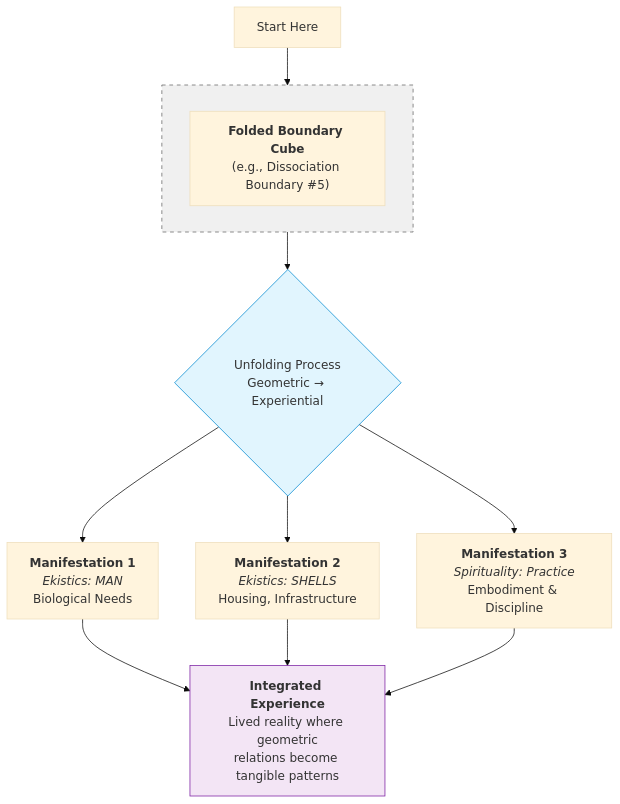
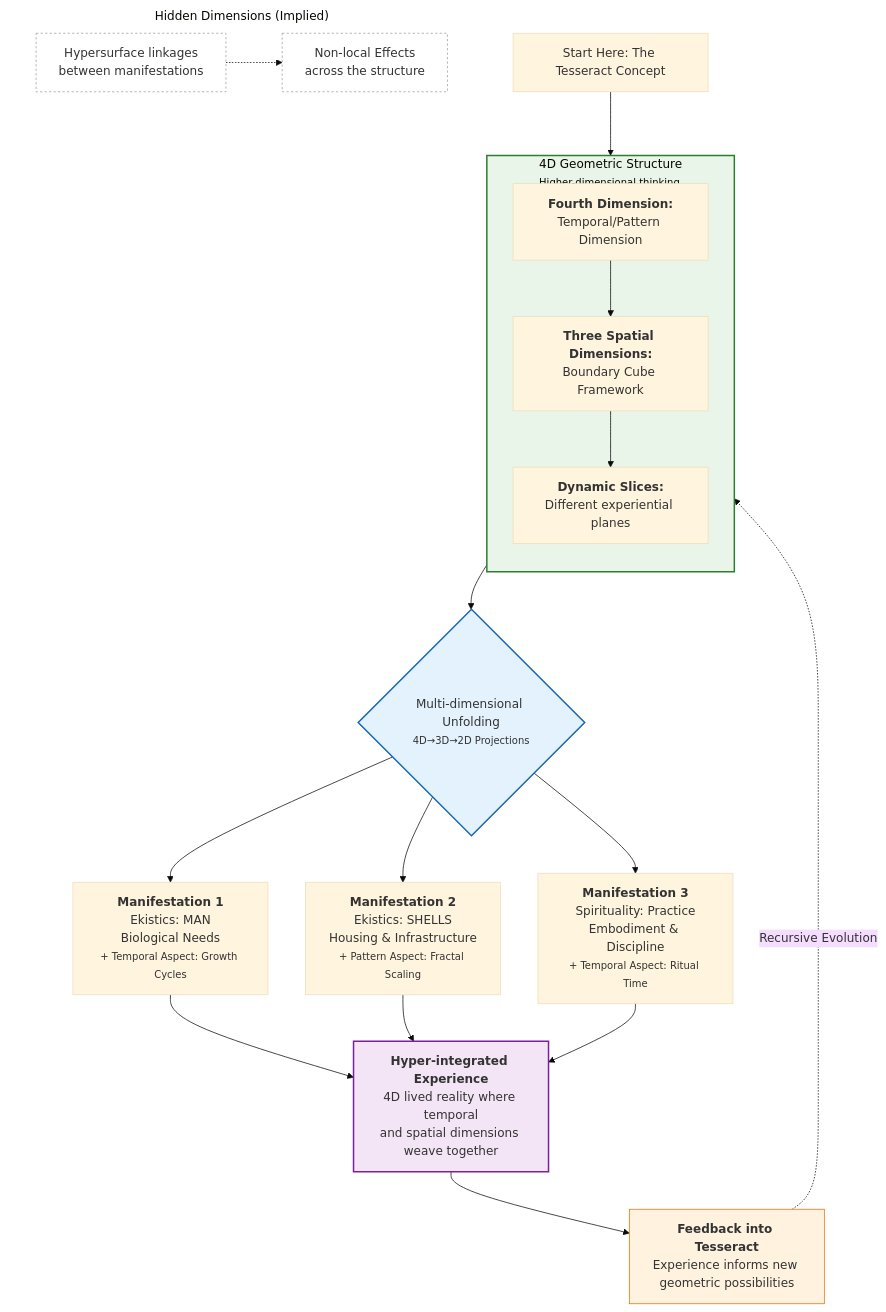
The sixth of 7 diagrams in framework/core-model/02-epistemic-architecture-tesseract.md (ravaioli/solarpunk-mandala), drawn with Mermaid (base theme) before and after one commit.

Commit message:
Enhance Tesseract flowchart with detailed dimensions
Updated the flowchart to reflect a more detailed representation of the Tesseract concept, including additional dimensions and manifestations.

````diff
--- a/framework/core-model/02-epistemic-architecture-tesseract.md
+++ b/framework/core-model/02-epistemic-architecture-tesseract.md
@@ -479,21 +479,36 @@
 ```mermaid
 flowchart TD
-    Start[Start Here] --> A
+    Start[Start Here: The Tesseract Concept] --> A
 
-    subgraph A [" "]
-        direction LR
-        B["<b>Folded Boundary Cube</b><br>(e.g., Dissociation Boundary #5)"]
+    subgraph A ["4D Geometric Structure<br><small>Higher-dimensional thinking</small>"]
+        direction TB
+        T4D["<b>Fourth Dimension:</b><br>Temporal/Pattern Dimension"] --> 
+        Cube["<b>Three Spatial Dimensions:</b><br>Boundary Cube Framework"] -->
+        Slices["<b>Dynamic Slices:</b><br>Different experiential planes"]
     end
 
-    A --> Process{Unfolding Process<br>Geometric → Experiential}
+    A --> Process{Multi-dimensional Unfolding<br><small>4D→3D→2D Projections</small>}
 
-    Process --> C1["<b>Manifestation 1</b><br><i>Ekistics: MAN</i><br>Biological Needs"]
-    Process --> C2["<b>Manifestation 2</b><br><i>Ekistics: SHELLS</i><br>Housing, Infrastructure"]
-    Process --> C3["<b>Manifestation 3</b><br><i>Spirituality: Practice</i><br>Embodiment & Discipline"]
+    Process --> C1["<b>Manifestation 1</b><br>Ekistics: MAN<br>Biological Needs<br><small>+ Temporal Aspect: Growth Cycles</small>"]
+    Process --> C2["<b>Manifestation 2</b><br>Ekistics: SHELLS<br>Housing & Infrastructure<br><small>+ Pattern Aspect: Fractal Scaling</small>"]
+    Process --> C3["<b>Manifestation 3</b><br>Spirituality: Practice<br>Embodiment & Discipline<br><small>+ Temporal Aspect: Ritual Time</small>"]
 
-    C1 & C2 & C3 --> D["<b>Integrated Experience</b><br>Lived reality where geometric<br>relations become tangible patterns"]
+    C1 & C2 & C3 --> D["<b>Hyper-integrated Experience</b><br>4D lived reality where temporal<br>and spatial dimensions weave together"]
 
-    style A fill:#f0f0f0,stroke:#666,stroke-dasharray: 5 5
-    style Process fill:#e1f5fe,stroke:#0288d1
-    style D fill:#f3e5f5,stroke:#7b1fa2
+    D --> Feedback["<b>Feedback into Tesseract</b><br>Experience informs new geometric possibilities"]
+    Feedback -.->|Recursive Evolution| A
+
+    %% Additional dimensionality indicators
+    subgraph Invisible ["Hidden Dimensions (Implied)"]
+        direction LR
+        H1["Hypersurface linkages<br>between manifestations"] -.-> H2["Non-local Effects<br>across the structure"]
+    end
+
+    style A fill:#e8f5e8,stroke:#2e7d32,stroke-width:2px
+    style Process fill:#e3f2fd,stroke:#1565c0,stroke-width:2px
+    style D fill:#f3e5f5,stroke:#7b1fa2,stroke-width:2px
+    style Feedback fill:#fff3e0,stroke:#ef6c00
+    style Invisible fill:none,stroke:none
+    style H1 fill:none,stroke-dasharray:3 3,stroke:#9e9e9e
+    style H2 fill:none,stroke-dasharray:3 3,stroke:#9e9e9e
 ```
````
